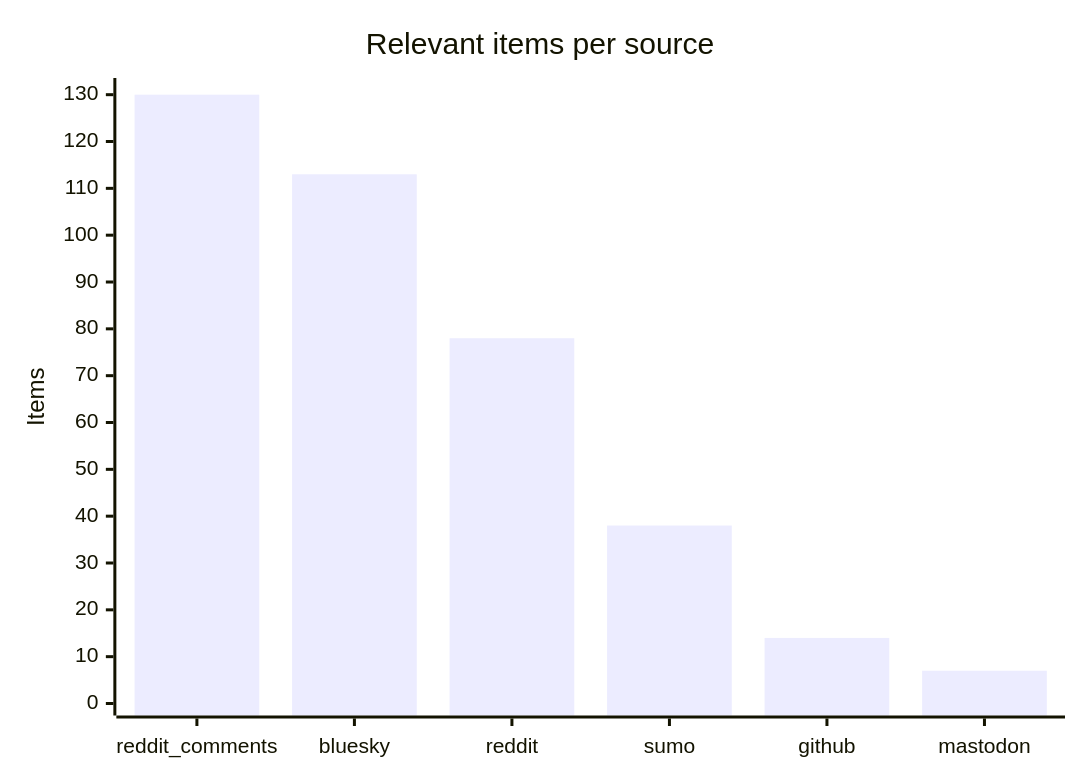
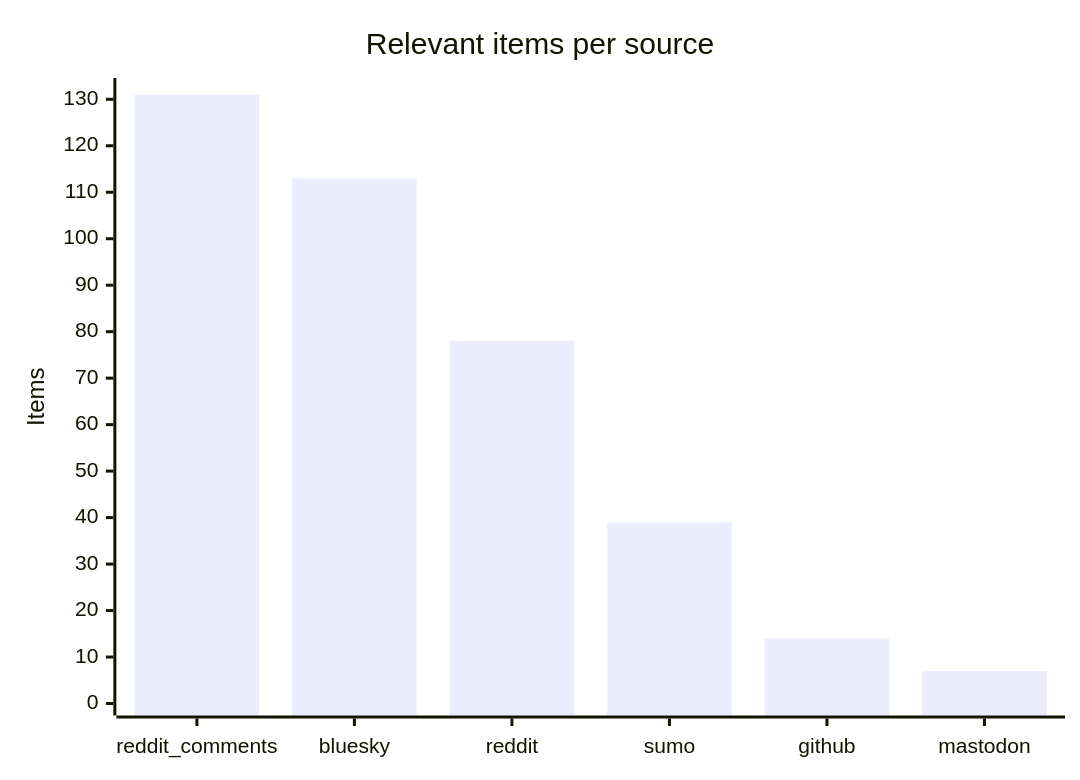
The third of 4 diagrams in README.md (martinbalfanz/social-scanner-reports), drawn with Mermaid before and after one commit. The commit also changed other lines of this file and 4 other files, not shown here.

````diff
--- a/README.md
+++ b/README.md
@@ -48,7 +48,7 @@
 ```mermaid
 xychart-beta
     title "Relevant items per source"
     x-axis ["reddit_comments", "bluesky", "reddit", "sumo", "github", "mastodon"]
-    y-axis "Items" 0 --> 131
-    bar [130, 113, 78, 38, 14, 7]
+    y-axis "Items" 0 --> 132
+    bar [131, 113, 78, 39, 14, 7]
 ```
````
